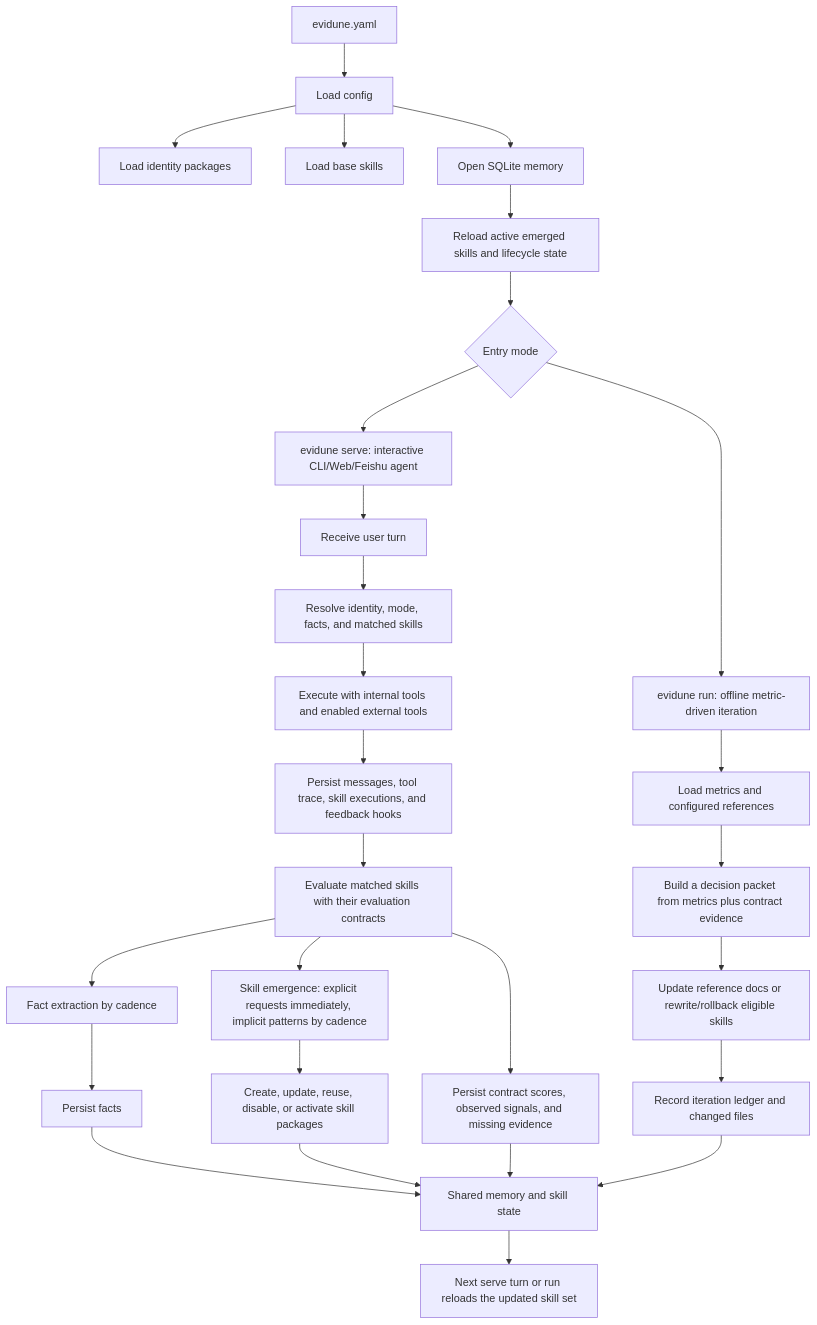
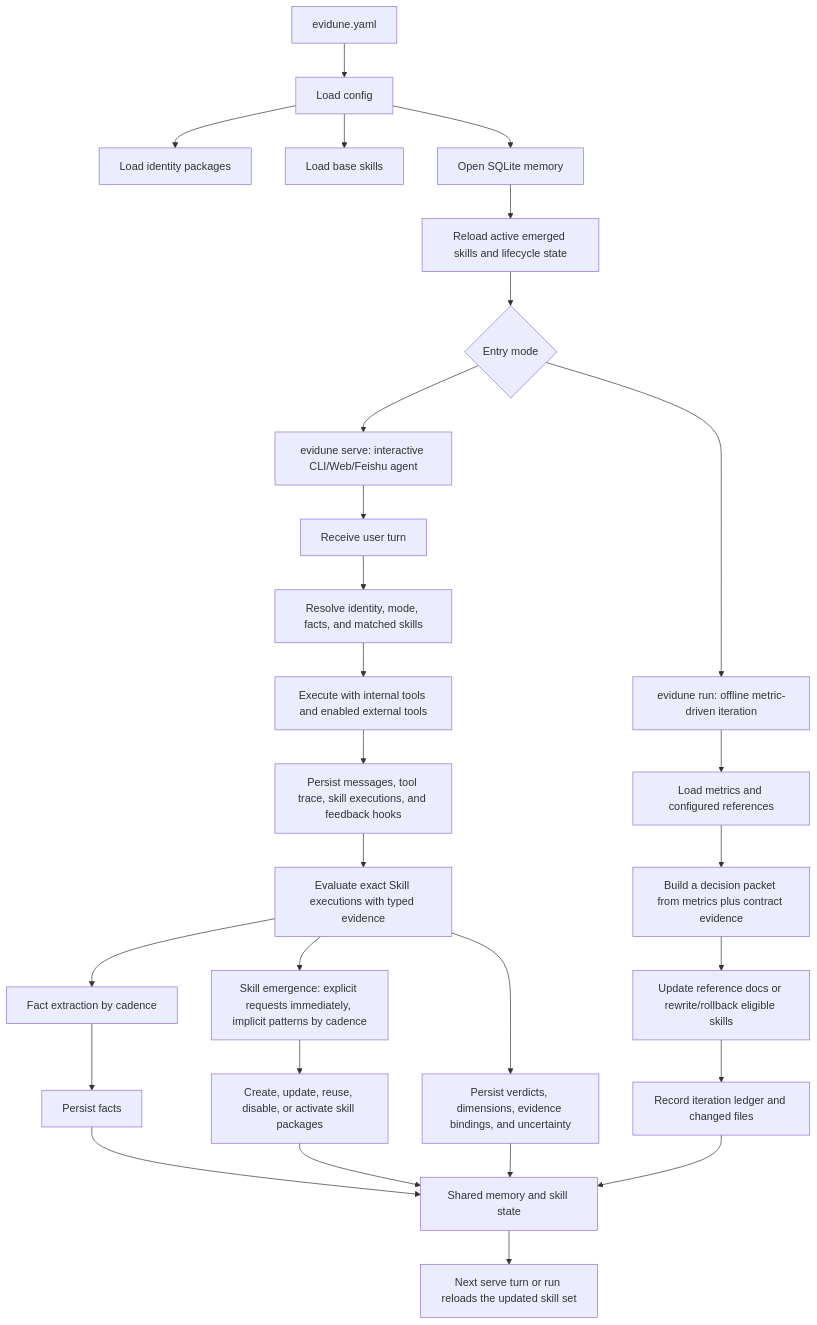
One commit to Evidune/Evidune changed the first of 2 diagrams in README.md. Above: the diagram before and after it, drawn with Mermaid. The commit also changed other lines of this file and 73 other files, not shown here.

First line of the commit message:
feat(evaluation): add execution-grounded skill iteration

````diff
--- a/README.md
+++ b/README.md
@@ -129,35 +129,35 @@
 ```mermaid
 flowchart TD
     A["evidune.yaml"] --> B["Load config"]
     B --> C["Load identity packages"]
     B --> D["Load base skills"]
     B --> E["Open SQLite memory"]
     E --> F["Reload active emerged skills and lifecycle state"]
 
     F --> G{"Entry mode"}
 
     G --> H["evidune serve: interactive CLI/Web/Feishu agent"]
     H --> I["Receive user turn"]
     I --> J["Resolve identity, mode, facts, and matched skills"]
     J --> K["Execute with internal tools and enabled external tools"]
     K --> L["Persist messages, tool trace, skill executions, and feedback hooks"]
-    L --> X["Evaluate matched skills with their evaluation contracts"]
+    L --> X["Evaluate exact Skill executions with typed evidence"]
     X --> M["Fact extraction by cadence"]
     X --> N["Skill emergence: explicit requests immediately, implicit patterns by cadence"]
 
     G --> O["evidune run: offline metric-driven iteration"]
     O --> P["Load metrics and configured references"]
     P --> Q["Build a decision packet from metrics plus contract evidence"]
     Q --> R["Update reference docs or rewrite/rollback eligible skills"]
 
     M --> S["Persist facts"]
     N --> T["Create, update, reuse, disable, or activate skill packages"]
-    X --> Y["Persist contract scores, observed signals, and missing evidence"]
+    X --> Y["Persist verdicts, dimensions, evidence bindings, and uncertainty"]
     R --> U["Record iteration ledger and changed files"]
 
     S --> V["Shared memory and skill state"]
     T --> V
     Y --> V
     U --> V
     V --> W["Next serve turn or run reloads the updated skill set"]
 ```
````
